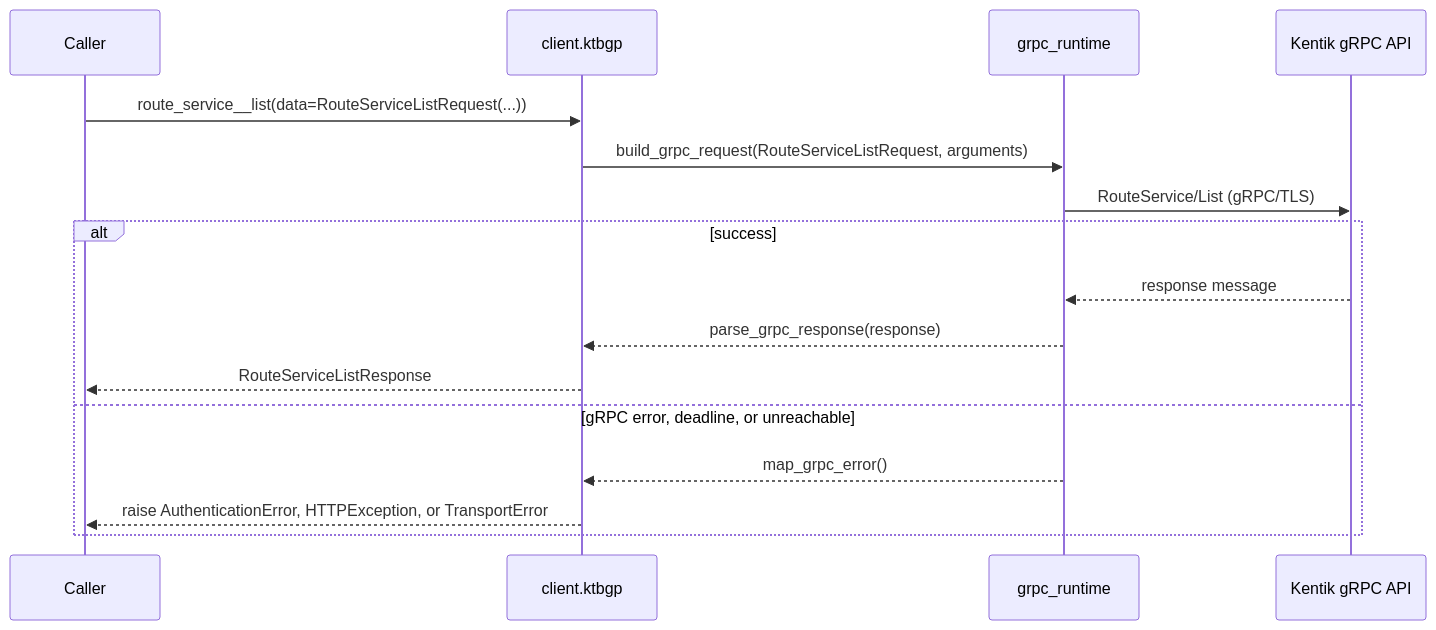
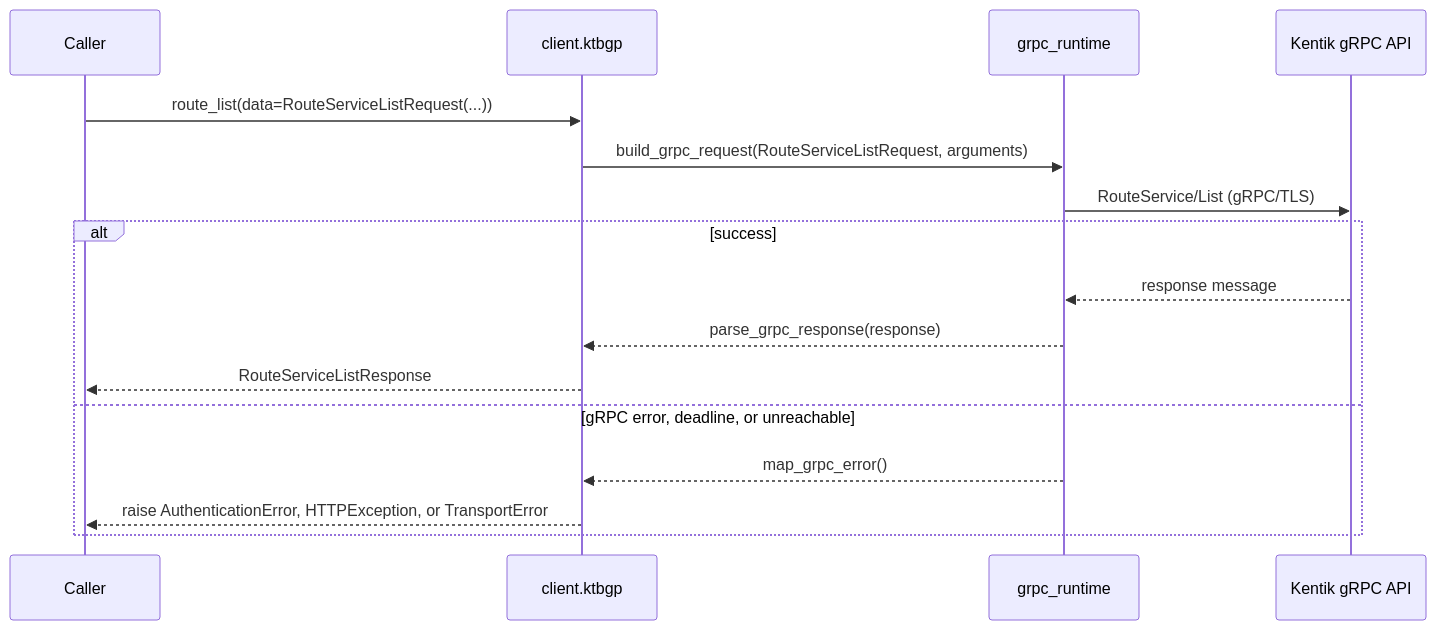
One commit to alexdearaujo/community_sdk_python changed the fifth of 8 diagrams in docs/sphinx/services/ktbgp.md. Above: the diagram before and after it, drawn with Mermaid. The commit also changed other lines of this file and 10 other files, not shown here.

````diff
--- a/docs/sphinx/services/ktbgp.md
+++ b/docs/sphinx/services/ktbgp.md
@@ -132,19 +132,19 @@
 ```mermaid
 sequenceDiagram
     participant C as Caller
     participant W as client.ktbgp
     participant R as grpc_runtime
     participant API as Kentik gRPC API
 
-    C->>W: route_service__list(data=RouteServiceListRequest(...))
+    C->>W: route_list(data=RouteServiceListRequest(...))
     W->>R: build_grpc_request(RouteServiceListRequest, arguments)
     R->>API: RouteService/List (gRPC/TLS)
     alt success
         API-->>R: response message
         R-->>W: parse_grpc_response(response)
         W-->>C: RouteServiceListResponse
     else gRPC error, deadline, or unreachable
         R-->>W: map_grpc_error()
         W-->>C: raise AuthenticationError, HTTPException, or TransportError
     end
 ```
````
